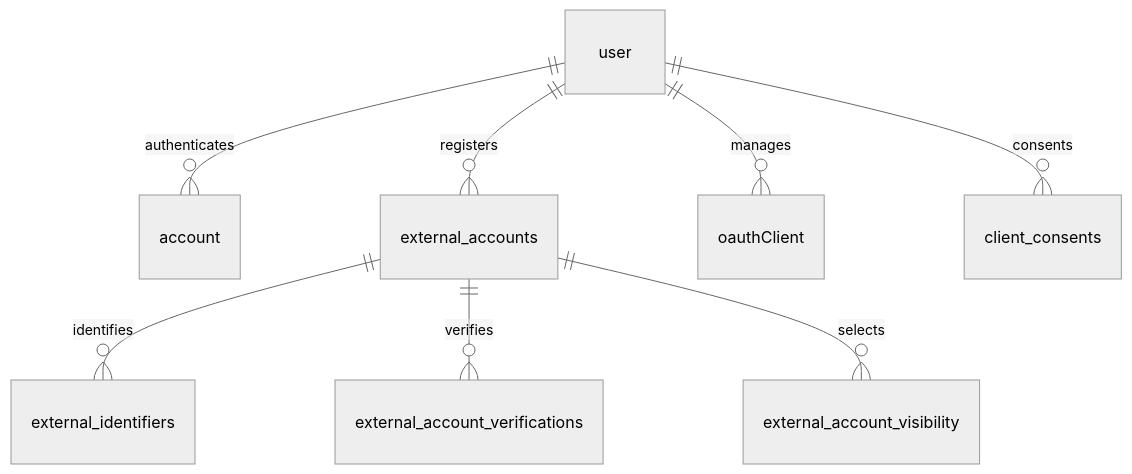
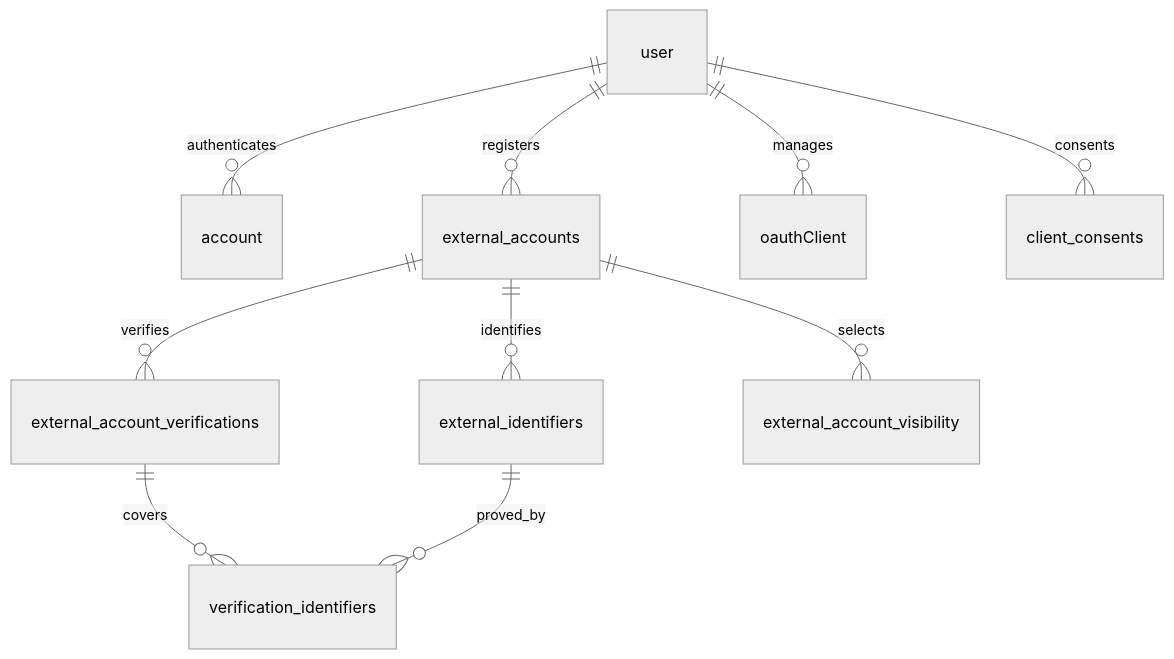
One commit to yuichisugio/freeism changed the second of 2 diagrams in projects/accounts-web-app/docs/specification/v0.1/main.ja.md. Above: the diagram before and after it, drawn with Mermaid (neutral theme). The commit also changed other lines of this file and 2 other files, not shown here.

````diff
--- a/projects/accounts-web-app/docs/specification/v0.1/main.ja.md
+++ b/projects/accounts-web-app/docs/specification/v0.1/main.ja.md
@@ -849,10 +858,12 @@
 ```mermaid
 erDiagram
     user ||--o{ account : authenticates
     user ||--o{ external_accounts : registers
     external_accounts ||--o{ external_identifiers : identifies
     external_accounts ||--o{ external_account_verifications : verifies
+    external_account_verifications ||--o{ verification_identifiers : covers
+    external_identifiers ||--o{ verification_identifiers : proved_by
     user ||--o{ oauthClient : manages
     user ||--o{ client_consents : consents
     external_accounts ||--o{ external_account_visibility : selects
 ```
````
